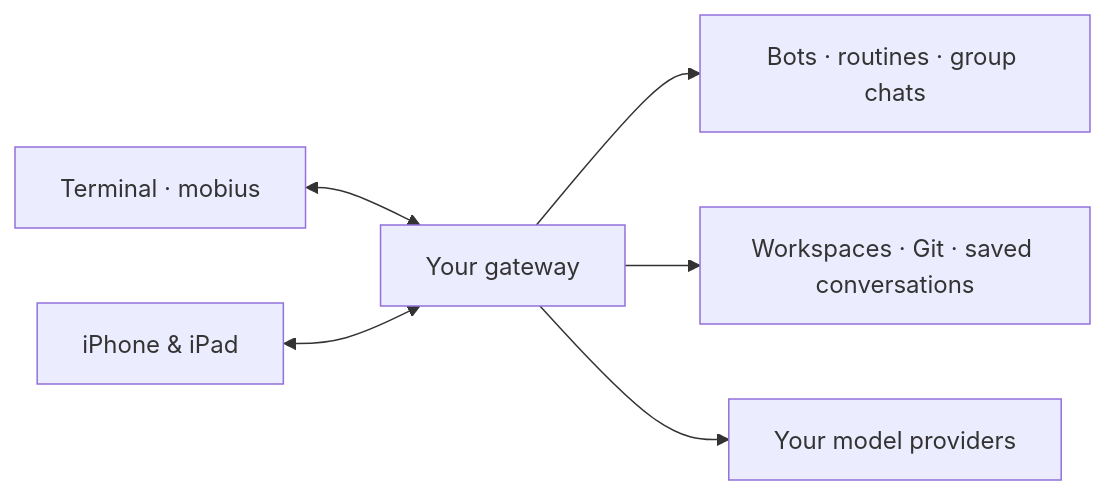
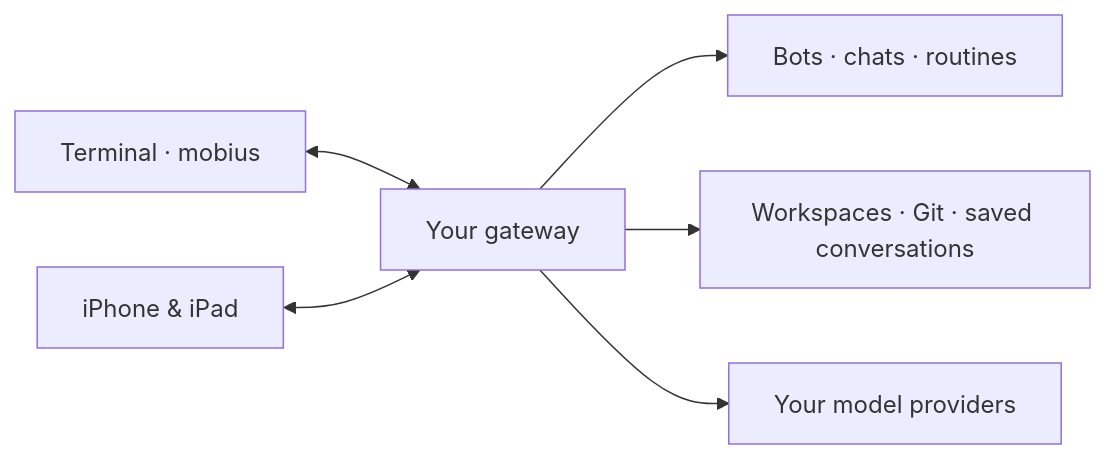
One commit to citizenhicks/mobius changed the diagram in README.md. Above: the diagram before and after it, drawn with Mermaid. The commit also changed other lines of this file and 183 other files, not shown here.

````diff
--- a/README.md
+++ b/README.md
@@ -142,8 +142,8 @@
 ```mermaid
 flowchart LR
     Terminal["Terminal · mobius"] <--> Gateway["Your gateway"]
     Apple["iPhone & iPad"] <--> Gateway
-    Gateway --> Agents["Bots · routines · group chats"]
+    Gateway --> Agents["Bots · chats · routines"]
     Gateway --> Work["Workspaces · Git · saved conversations"]
     Gateway --> Models["Your model providers"]
 ```
````
